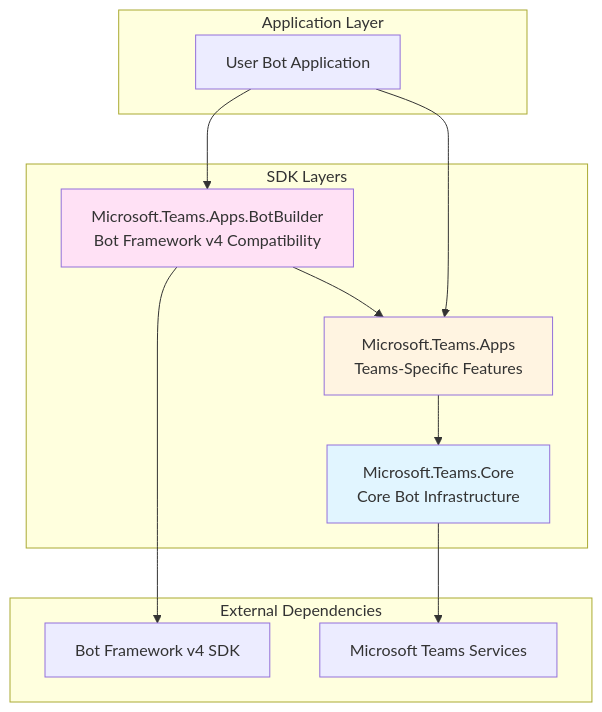
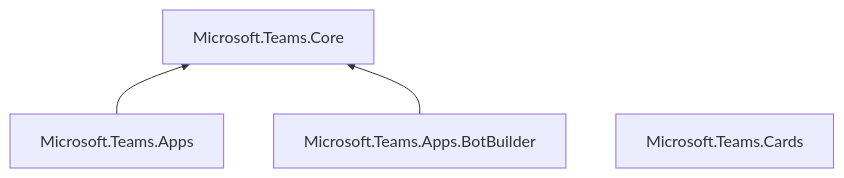
The first of 3 diagrams in core/docs/Architecture.md (microsoft/teams.net), drawn with Mermaid before and after one commit. The commit also changed other lines of this file and 1 other file, not shown here.

````diff
--- a/core/docs/Architecture.md
+++ b/core/docs/Architecture.md
@@ -7,28 +7,6 @@
 ```mermaid
-graph TB
-    subgraph "Application Layer"
-        UserBot[User Bot Application]
-    end
-
-    subgraph "SDK Layers"
-        Compat[Microsoft.Teams.Apps.BotBuilder<br/>Bot Framework v4 Compatibility]
-        Apps[Microsoft.Teams.Apps<br/>Teams-Specific Features]
-        Core[Microsoft.Teams.Core<br/>Core Bot Infrastructure]
-    end
-
-    subgraph "External Dependencies"
-        BotFramework[Bot Framework v4 SDK]
-        TeamsServices[Microsoft Teams Services]
-    end
-
-    UserBot --> Compat
-    UserBot --> Apps
-    Compat --> Apps
-    Compat --> BotFramework
-    Apps --> Core
-    Core --> TeamsServices
-
-    style Core fill:#e1f5ff
-    style Apps fill:#fff4e1
-    style Compat fill:#ffe1f5
+graph BT
+    Apps["Microsoft.Teams.Apps"] --> Core["Microsoft.Teams.Core"]
+    Compat["Microsoft.Teams.Apps.BotBuilder"] --> Core
+    Cards["Microsoft.Teams.Cards"]
 ```
````
